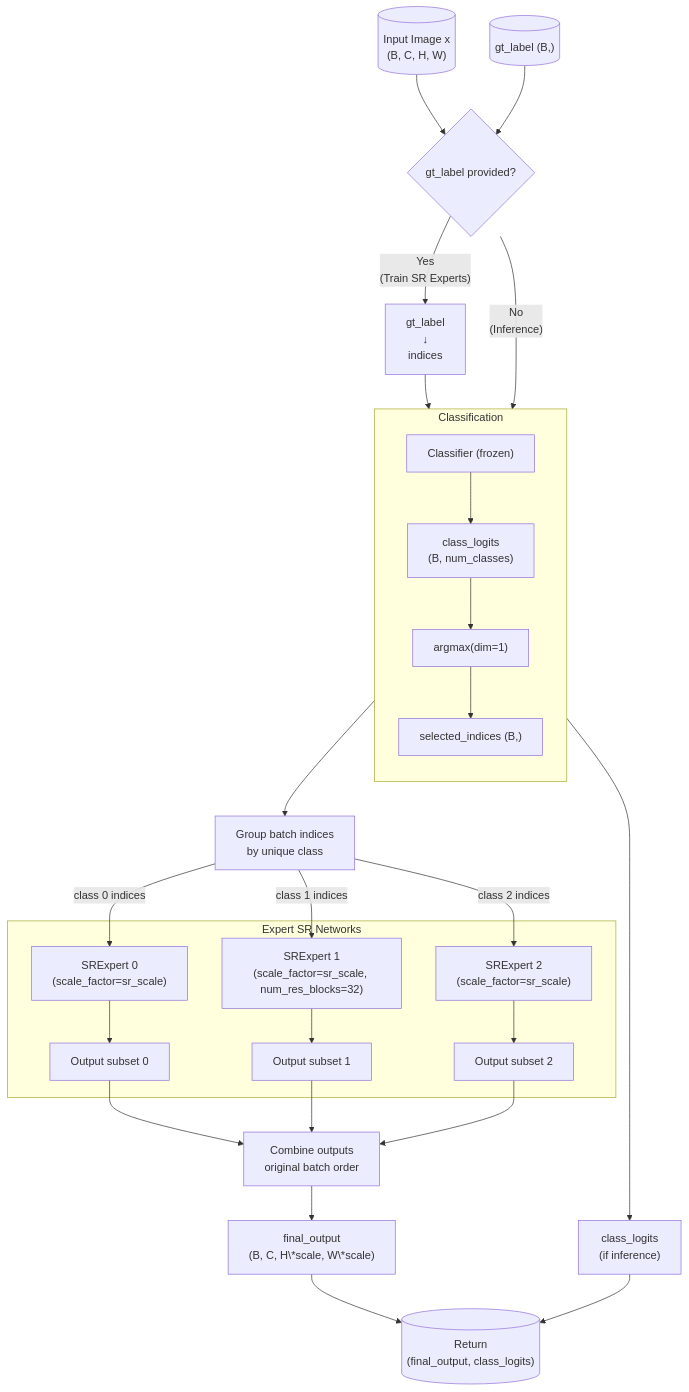
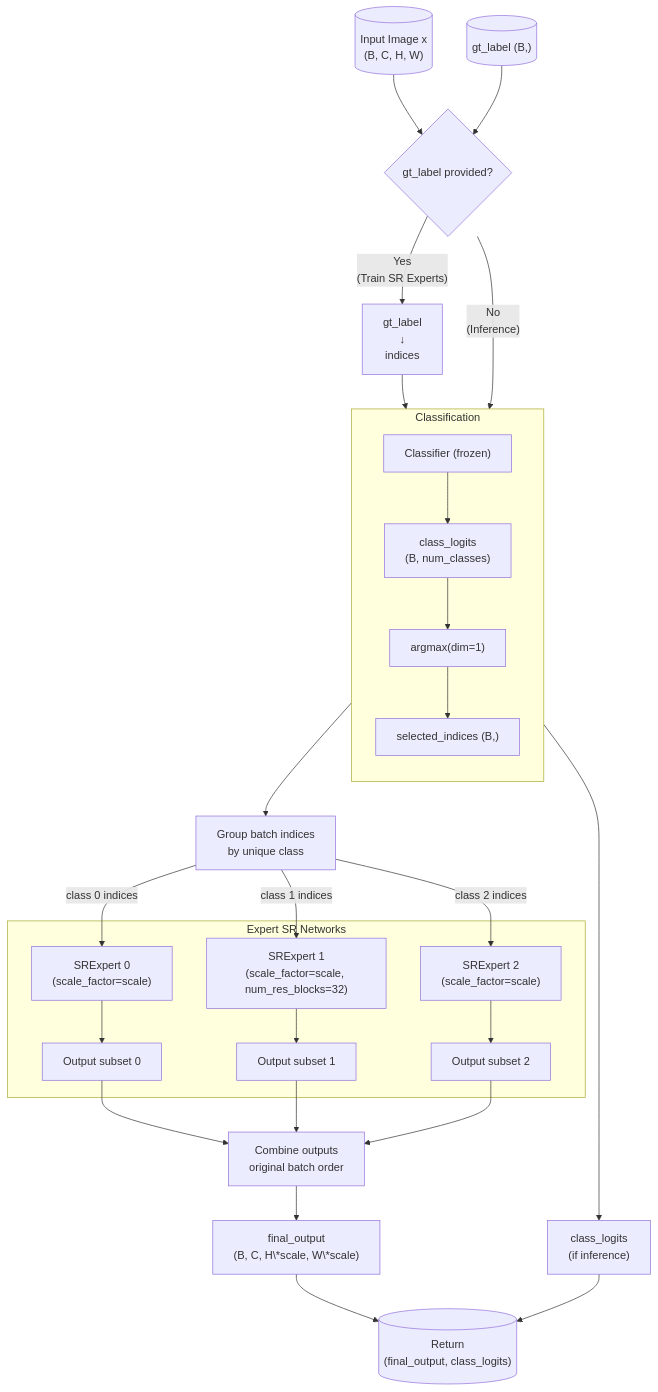
The diagram in class_sr_moe/README.md (wyywnab/NJUPT-SAST-Python-WoC-2025), drawn with Mermaid before and after one commit. The commit also changed other lines of this file, not shown here.

````diff
--- a/class_sr_moe/README.md
+++ b/class_sr_moe/README.md
@@ -103,40 +103,40 @@
 ```mermaid
 graph TD
     Input[("Input Image x<br>(B, C, H, W)")] --> CheckGT{gt_label provided?}
     GT[("gt_label (B,)")] --> CheckGT
 
     CheckGT -- Yes<br>(Train SR Experts) --> UseGT["gt_label<br>↓<br>indices"]
     CheckGT -- No<br>(Inference) --> InferencePath["Inference: use classifier"]
 
     subgraph InferencePath [Classification]
         direction TB
         Classifier["Classifier (frozen)"] --> Logits["class_logits<br>(B, num_classes)"]
         Logits --> ArgMax["argmax(dim=1)"] --> SelectedIndices["selected_indices (B,)"]
     end
 
     UseGT --> SelectedIndices
 
     SelectedIndices --> GroupByClass["Group batch indices<br> by unique class"]
 
     subgraph ExpertProcessing [Expert SR Networks]
-        Expert0["SRExpert 0<br>(scale_factor=sr_scale)"] --> Out0
-        Expert1["SRExpert 1<br>(scale_factor=sr_scale, num_res_blocks=32)"] --> Out1
-        Expert2["SRExpert 2<br>(scale_factor=sr_scale)"] --> Out2
+        Expert0["SRExpert 0<br>(scale_factor=scale)"] --> Out0
+        Expert1["SRExpert 1<br>(scale_factor=scale, num_res_blocks=32)"] --> Out1
+        Expert2["SRExpert 2<br>(scale_factor=scale)"] --> Out2
     end
 
     GroupByClass -- "class 0 indices" --> Expert0
     GroupByClass -- "class 1 indices" --> Expert1
     GroupByClass -- "class 2 indices" --> Expert2
 
     Out0["Output subset 0"] --> Combine
     Out1["Output subset 1"] --> Combine
     Out2["Output subset 2"] --> Combine
 
     Combine["Combine outputs<br>original batch order"] --> FinalOutput["final_output<br>(B, C, H\*scale, W\*scale)"]
 
     Logits --> OutputLogits["class_logits<br>(if inference)"]
 
     FinalOutput --> Return
     OutputLogits --> Return
     Return[("Return<br>(final_output, class_logits)")]
 ```
````
